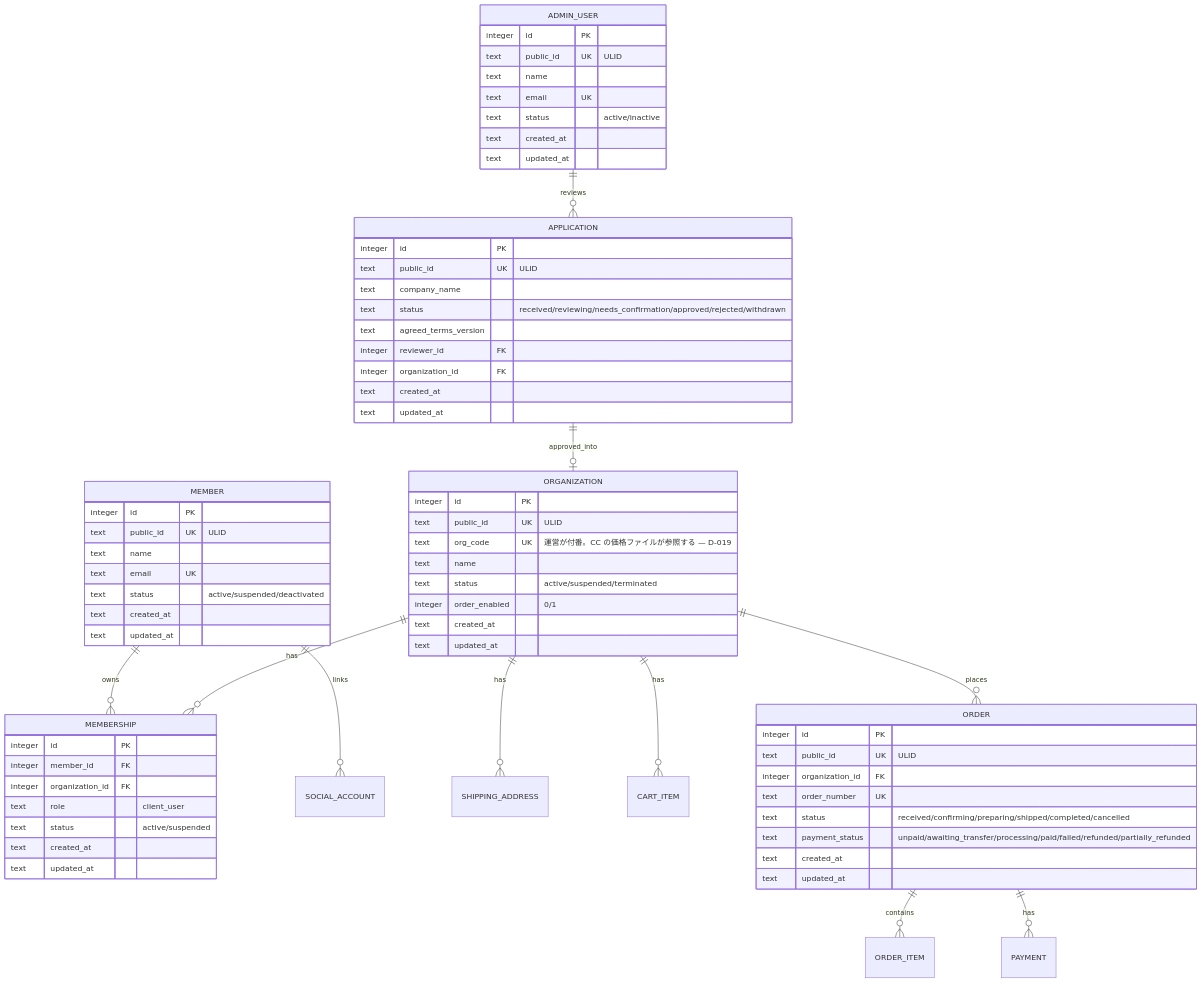
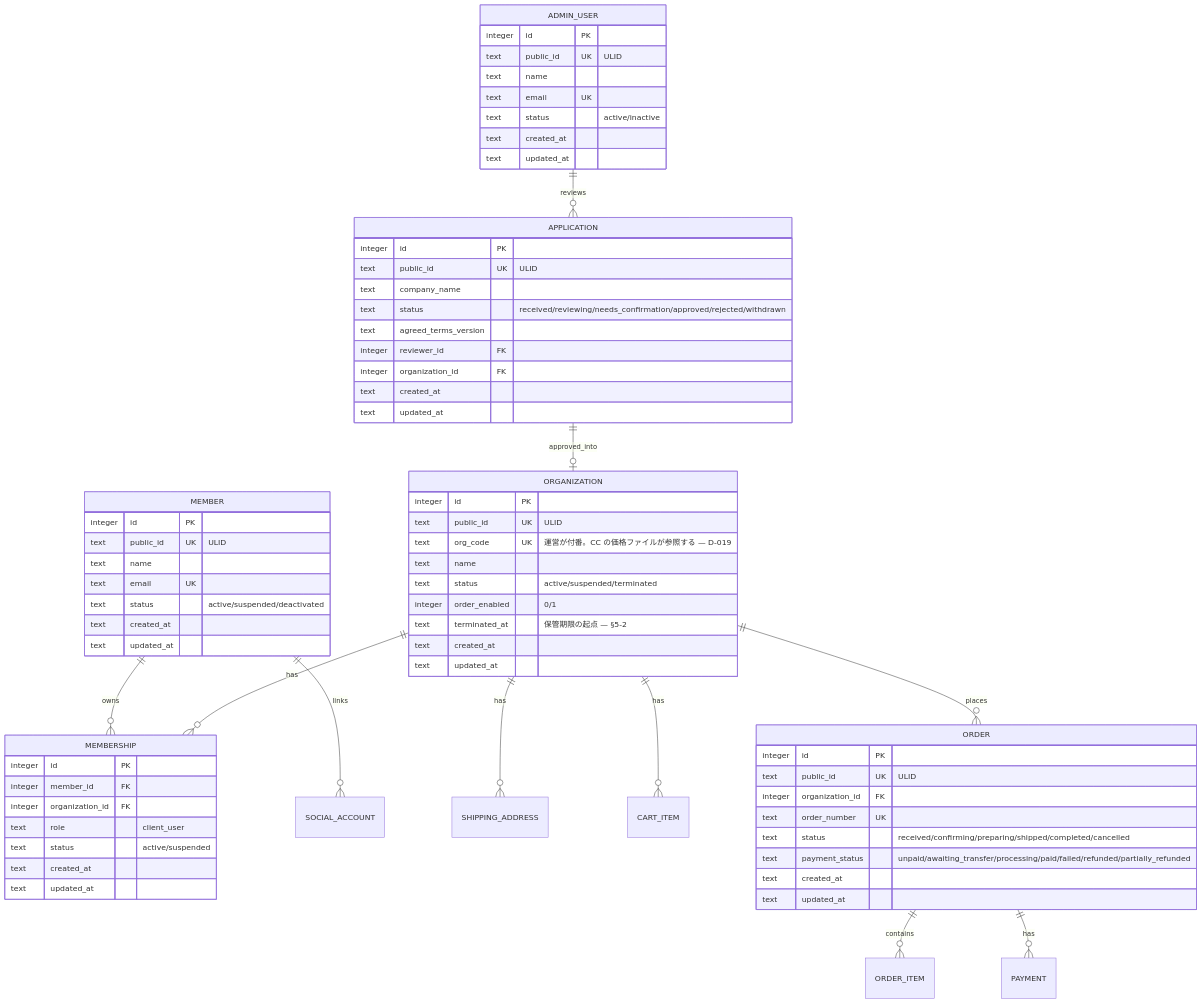
Before and after one commit to team-natural/business-pet-kampo: the diagram in docs/3-development/07-database-schema.md, drawn with Mermaid. The commit also changed other lines of this file and 24 other files, not shown here.

````diff
--- a/docs/3-development/07-database-schema.md
+++ b/docs/3-development/07-database-schema.md
@@ -56,74 +56,75 @@
 ```mermaid
 erDiagram
     ADMIN_USER ||--o{ APPLICATION : reviews
     APPLICATION ||--o| ORGANIZATION : approved_into
     ORGANIZATION ||--o{ MEMBERSHIP : has
     MEMBER ||--o{ MEMBERSHIP : owns
     MEMBER ||--o{ SOCIAL_ACCOUNT : links
     ORGANIZATION ||--o{ SHIPPING_ADDRESS : has
     ORGANIZATION ||--o{ CART_ITEM : has
     ORGANIZATION ||--o{ ORDER : places
     ORDER ||--o{ ORDER_ITEM : contains
     ORDER ||--o{ PAYMENT : has
 
     ADMIN_USER {
         integer id PK
         text public_id UK "ULID"
         text name
         text email UK
         text status "active/inactive"
         text created_at
         text updated_at
     }
     APPLICATION {
         integer id PK
         text public_id UK "ULID"
         text company_name
         text status "received/reviewing/needs_confirmation/approved/rejected/withdrawn"
         text agreed_terms_version
         integer reviewer_id FK
         integer organization_id FK
         text created_at
         text updated_at
     }
     ORGANIZATION {
         integer id PK
         text public_id UK "ULID"
         text org_code UK "運営が付番。CC の価格ファイルが参照する — D-019"
         text name
         text status "active/suspended/terminated"
         integer order_enabled "0/1"
+        text terminated_at "保管期限の起点 — §5-2"
         text created_at
         text updated_at
     }
     MEMBER {
         integer id PK
         text public_id UK "ULID"
         text name
         text email UK
         text status "active/suspended/deactivated"
         text created_at
         text updated_at
     }
     MEMBERSHIP {
         integer id PK
         integer member_id FK
         integer organization_id FK
         text role "client_user"
         text status "active/suspended"
         text created_at
         text updated_at
     }
     ORDER {
         integer id PK
         text public_id UK "ULID"
         integer organization_id FK
         text order_number UK
         text status "received/confirming/preparing/shipped/completed/cancelled"
         text payment_status "unpaid/awaiting_transfer/processing/paid/failed/refunded/partially_refunded"
         text created_at
         text updated_at
     }
 
     %% 発注の詳細カラムは §7 参照
 ```
````
